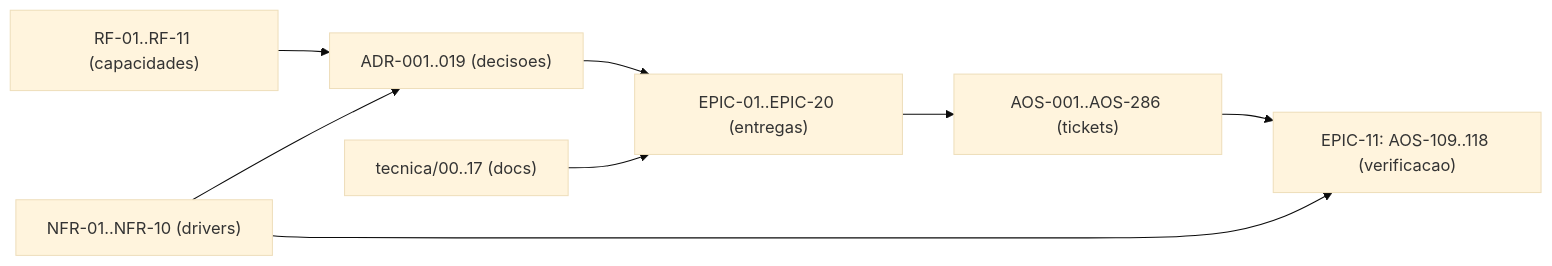
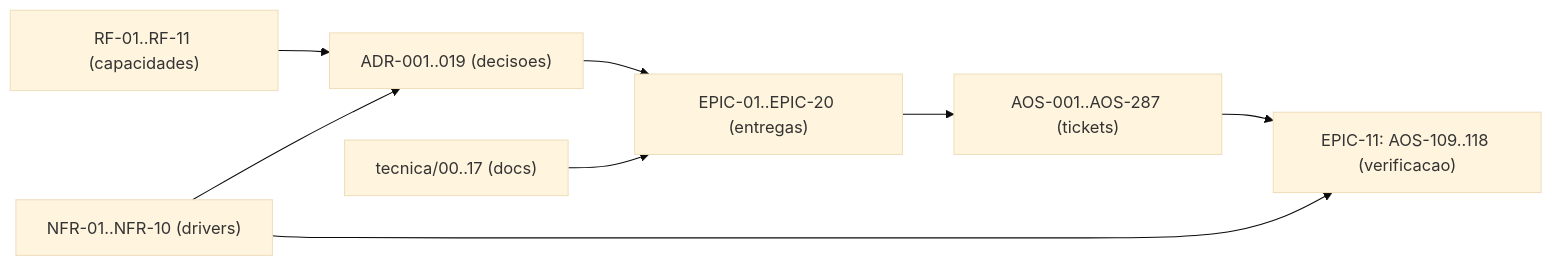
Before and after one commit to albinoJimy/aos: the diagram in tecnica/16_Rastreabilidade_RTM.md, drawn with Mermaid (base theme). The commit also changed other lines of this file and 4 other files, not shown here.

````diff
--- a/tecnica/16_Rastreabilidade_RTM.md
+++ b/tecnica/16_Rastreabilidade_RTM.md
@@ -172,10 +172,10 @@
 ```mermaid
 flowchart LR
     RF["RF-01..RF-11 (capacidades)"] --> ADR["ADR-001..019 (decisoes)"]
     NFR["NFR-01..NFR-10 (drivers)"] --> ADR
     ADR --> EPIC["EPIC-01..EPIC-20 (entregas)"]
-    EPIC --> TICK["AOS-001..AOS-286 (tickets)"]
+    EPIC --> TICK["AOS-001..AOS-287 (tickets)"]
     DOC["tecnica/00..17 (docs)"] --> EPIC
     TICK --> TEST["EPIC-11: AOS-109..118 (verificacao)"]
     NFR --> TEST
 ```
````
